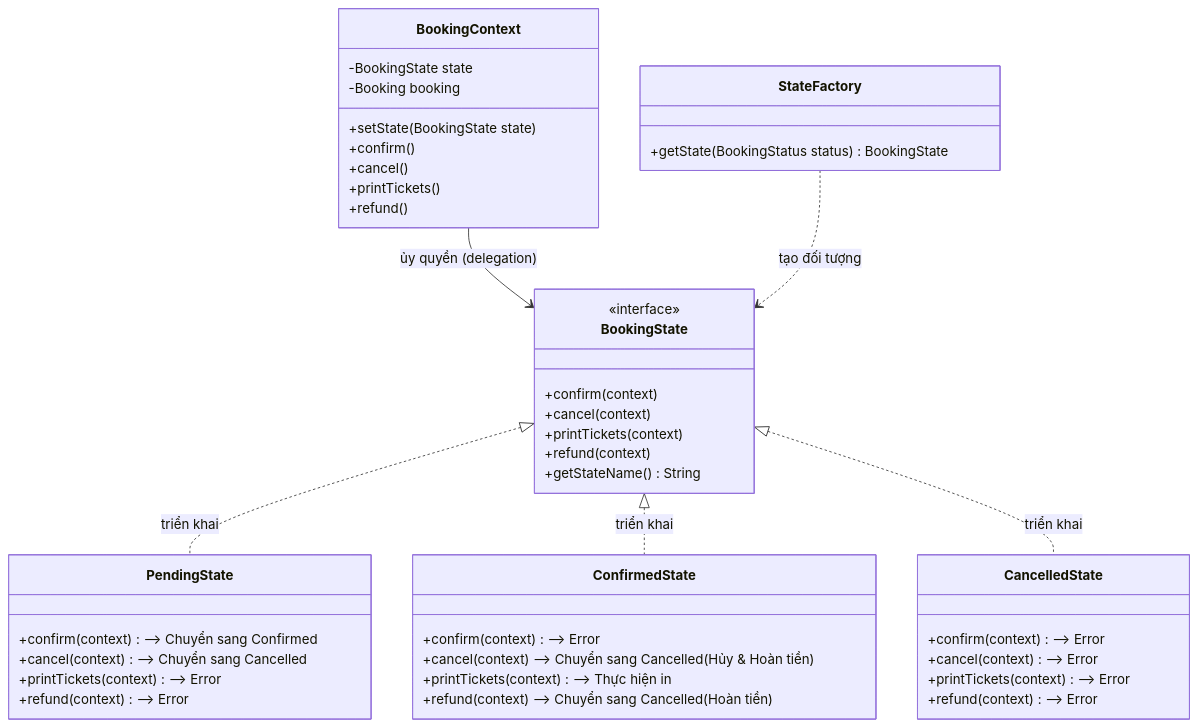
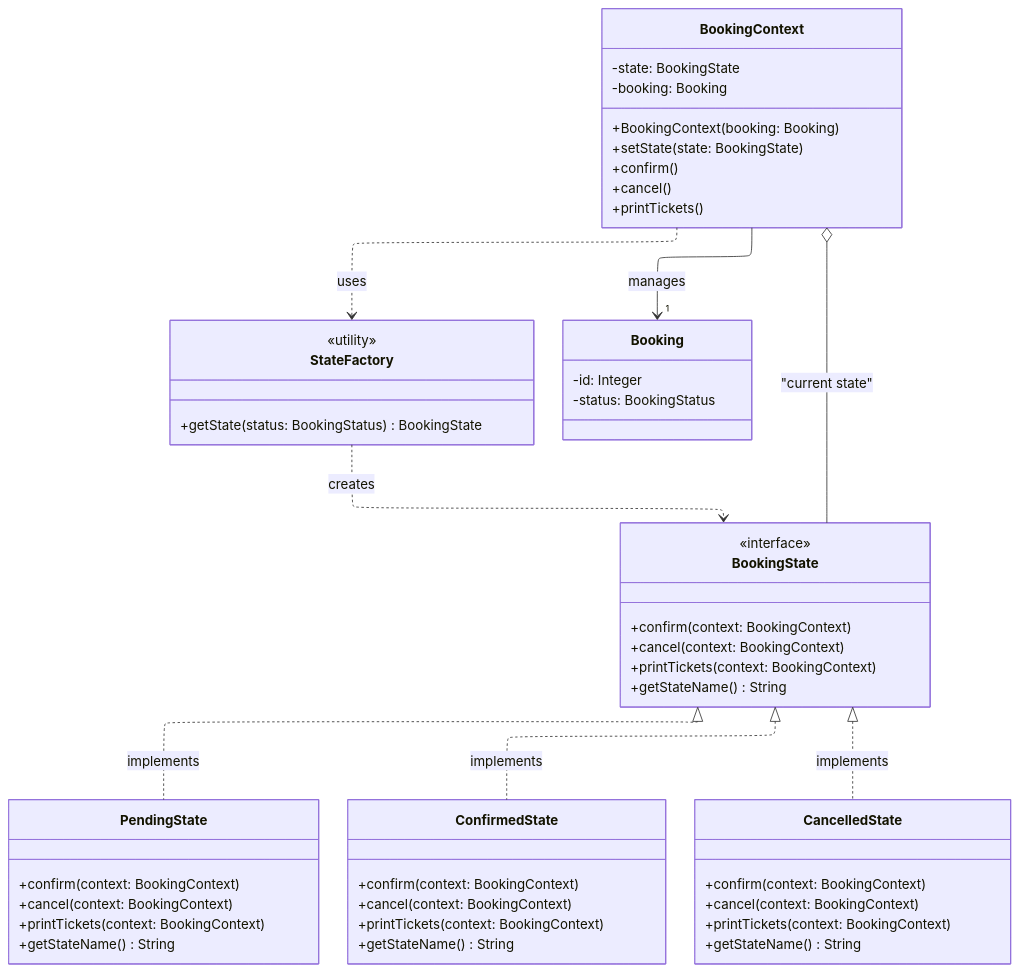
The first of 2 diagrams in UML/Tai/booking_state_pattern.md (anhtudayne/Design_Pattern), drawn with Mermaid before and after one commit. The commit also changed other lines of this file and 1 other file, not shown here.

````diff
--- a/UML/Tai/booking_state_pattern.md
+++ b/UML/Tai/booking_state_pattern.md
@@ -12,53 +13,75 @@
 ```mermaid
+---
+config:
+  theme: neo-dark
+  layout: elk
+---
+%%{init: {'theme': 'default'}}%%
 classDiagram
-    class BookingContext {
-        -BookingState state
-        -Booking booking
-        +setState(BookingState state)
-        +confirm()
-        +cancel()
-        +printTickets()
-        +refund()
-    }
+  direction TB
 
-    class BookingState {
-        <<interface>>
-        +confirm(context)
-        +cancel(context)
-        +printTickets(context)
-        +refund(context)
-        +getStateName() String
-    }
+  %% ═══════════════════════════════════════════════════════════
+  %% PATTERN — State (Simplified Booking Lifecycle)
+  %% ═══════════════════════════════════════════════════════════
 
-    class PendingState {
-        +confirm(context) --> Chuyển sang Confirmed
-        +cancel(context) --> Chuyển sang Cancelled
-        +printTickets(context) --> Error
-        +refund(context) --> Error
-    }
+  class BookingContext {
+    -state: BookingState
+    -booking: Booking
+    +BookingContext(booking: Booking)
+    +setState(state: BookingState)
+    +confirm()
+    +cancel()
+    +printTickets()
+  }
 
-    class ConfirmedState {
-        +confirm(context) --> Error
-        +cancel(context) --> Chuyển sang Cancelled (Hủy & Hoàn tiền)
-        +printTickets(context) --> Thực hiện in
-        +refund(context) --> Chuyển sang Cancelled (Hoàn tiền)
-    }
+  class StateFactory {
+    <<utility>>
+    +getState(status: BookingStatus) BookingState
+  }
 
-    class CancelledState {
-        +confirm(context) --> Error
-        +cancel(context) --> Error
-        +printTickets(context) --> Error
-        +refund(context) --> Error
-    }
+  class BookingState {
+    <<interface>>
+    +confirm(context: BookingContext)
+    +cancel(context: BookingContext)
+    +printTickets(context: BookingContext)
+    +getStateName() String
+  }
 
-    BookingContext --> BookingState : ủy quyền (delegation)
-    BookingState <|.. PendingState : triển khai
-    BookingState <|.. ConfirmedState : triển khai
-    BookingState <|.. CancelledState : triển khai
+  class PendingState {
+    +confirm(context: BookingContext)
+    +cancel(context: BookingContext)
+    +printTickets(context: BookingContext)
+    +getStateName() String
+  }
 
-    class StateFactory {
-        +getState(BookingStatus status) BookingState
-    }
+  class ConfirmedState {
+    +confirm(context: BookingContext)
+    +cancel(context: BookingContext)
+    +printTickets(context: BookingContext)
+    +getStateName() String
+  }
 
-    StateFactory ..> BookingState : tạo đối tượng
+  class CancelledState {
+    +confirm(context: BookingContext)
+    +cancel(context: BookingContext)
+    +printTickets(context: BookingContext)
+    +getStateName() String
+  }
+
+  %% Pattern relationships
+  BookingContext o-- BookingState : "current state"
+  BookingContext ..> StateFactory : uses
+  StateFactory ..> BookingState : creates
+
+  BookingState <|.. PendingState : implements
+  BookingState <|.. ConfirmedState : implements
+  BookingState <|.. CancelledState : implements
+
+  %% Domain ↔ Pattern connections
+  class Booking {
+    -id: Integer
+    -status: BookingStatus
+  }
+
+  BookingContext --> "1" Booking : manages
 ```
````
